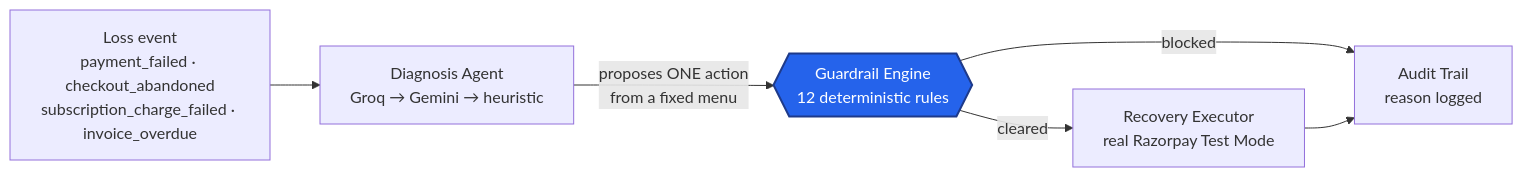
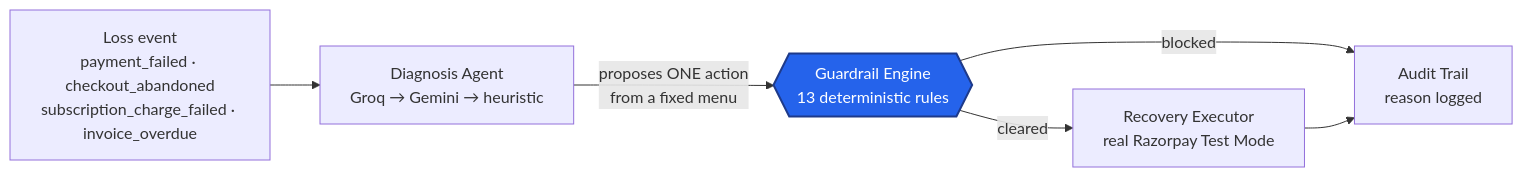
Before and after one commit to ChachanNaman/vasuli-ai: the first of 2 diagrams in README.md, drawn with Mermaid. The commit also changed other lines of this file and 18 other files, not shown here.

````diff
--- a/README.md
+++ b/README.md
@@ -31,9 +31,9 @@
 ```mermaid
 flowchart LR
     A["Loss event\npayment_failed · checkout_abandoned\nsubscription_charge_failed · invoice_overdue"] --> B["Diagnosis Agent\nGroq → Gemini → heuristic"]
-    B -- "proposes ONE action\nfrom a fixed menu" --> C{{"Guardrail Engine\n12 deterministic rules"}}
+    B -- "proposes ONE action\nfrom a fixed menu" --> C{{"Guardrail Engine\n13 deterministic rules"}}
     C -- "blocked" --> D["Audit Trail\nreason logged"]
     C -- "cleared" --> E["Recovery Executor\nreal Razorpay Test Mode"]
     E --> D
     style C fill:#2563eb,color:#fff,stroke:#1e3a8a,stroke-width:2px
 ```
````
